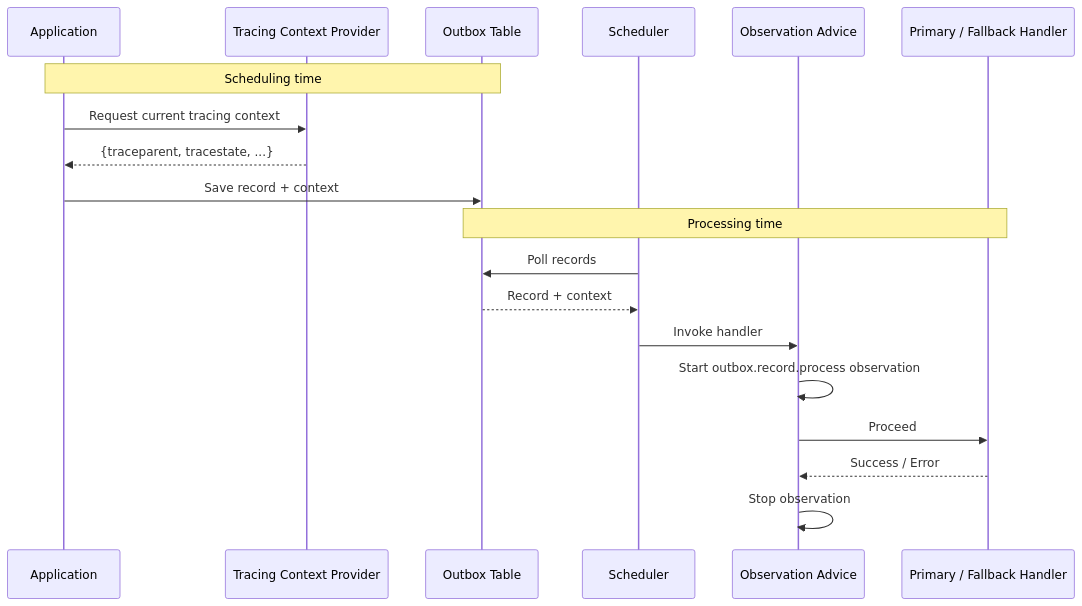
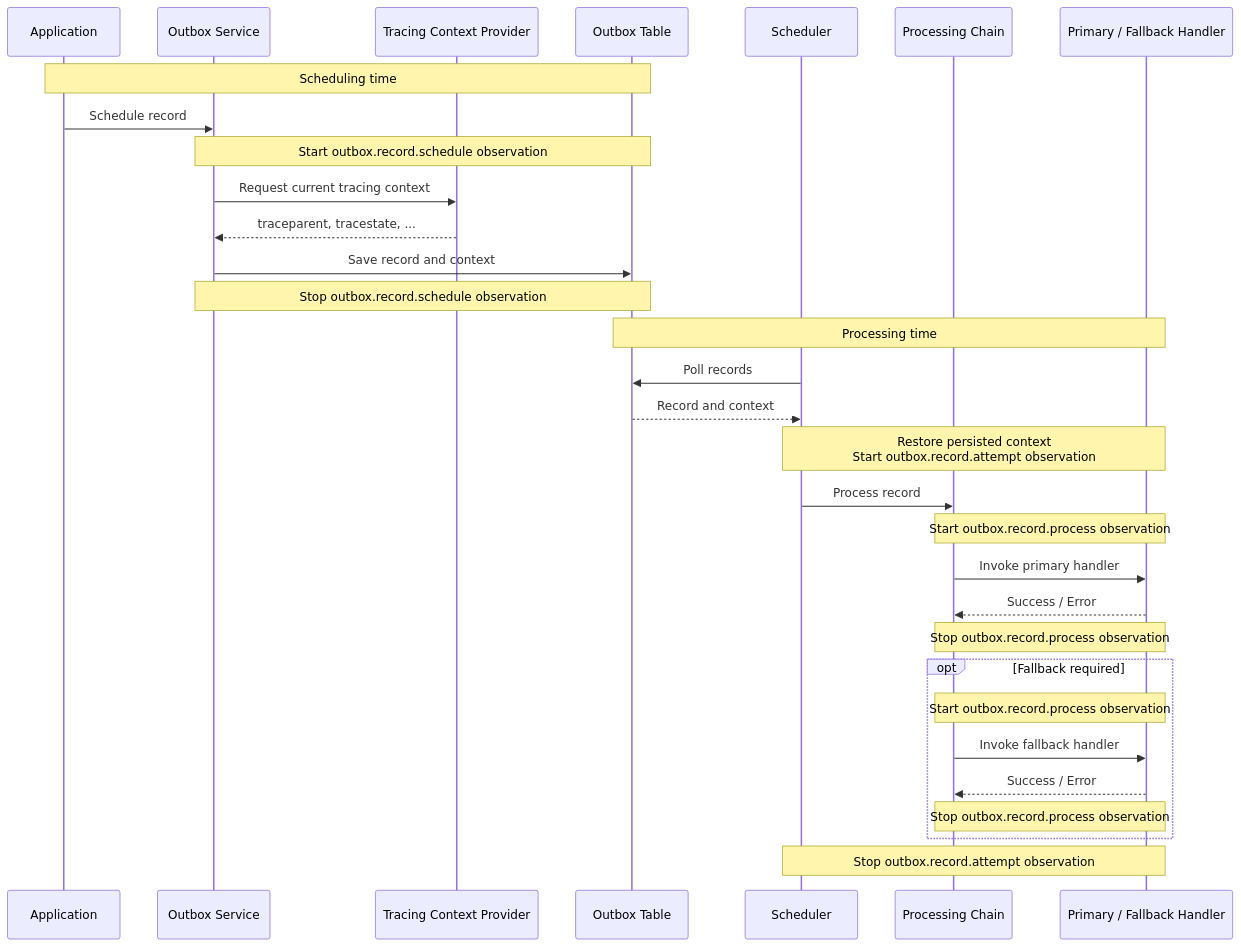
The diagram in docs/reference/observability.md (namastack/namastack-website), drawn with Mermaid before and after one commit. The commit also changed other lines of this file, not shown here.

````diff
--- a/docs/reference/observability.md
+++ b/docs/reference/observability.md
@@ -213,23 +217,38 @@
 ```mermaid
 sequenceDiagram
     participant App as Application
+    participant Outbox as Outbox Service
     participant Provider as Tracing Context Provider
     participant DB as Outbox Table
-    participant Scheduler as Scheduler
-    participant Advice as Observation Advice
+    participant Scheduler
+    participant Processing as Processing Chain
     participant Handler as Primary / Fallback Handler
 
     Note over App,DB: Scheduling time
-    App->>Provider: Request current tracing context
-    Provider-->>App: {traceparent, tracestate, ...}
-    App->>DB: Save record + context
+    App->>Outbox: Schedule record
+    Note over Outbox,DB: Start outbox.record.schedule observation
+    Outbox->>Provider: Request current tracing context
+    Provider-->>Outbox: traceparent, tracestate, ...
+    Outbox->>DB: Save record and context
+    Note over Outbox,DB: Stop outbox.record.schedule observation
 
     Note over DB,Handler: Processing time
     Scheduler->>DB: Poll records
-    DB-->>Scheduler: Record + context
-    Scheduler->>Advice: Invoke handler
-    Advice->>Advice: Start outbox.record.process observation
-    Advice->>Handler: Proceed
-    Handler-->>Advice: Success / Error
-    Advice->>Advice: Stop observation
+    DB-->>Scheduler: Record and context
+    Note over Scheduler,Handler: Restore persisted context<br/>Start outbox.record.attempt observation
+    Scheduler->>Processing: Process record
+
+    Note over Processing,Handler: Start outbox.record.process observation
+    Processing->>Handler: Invoke primary handler
+    Handler-->>Processing: Success / Error
+    Note over Processing,Handler: Stop outbox.record.process observation
+
+    opt Fallback required
+        Note over Processing,Handler: Start outbox.record.process observation
+        Processing->>Handler: Invoke fallback handler
+        Handler-->>Processing: Success / Error
+        Note over Processing,Handler: Stop outbox.record.process observation
+    end
+
+    Note over Scheduler,Handler: Stop outbox.record.attempt observation
 ```
````
